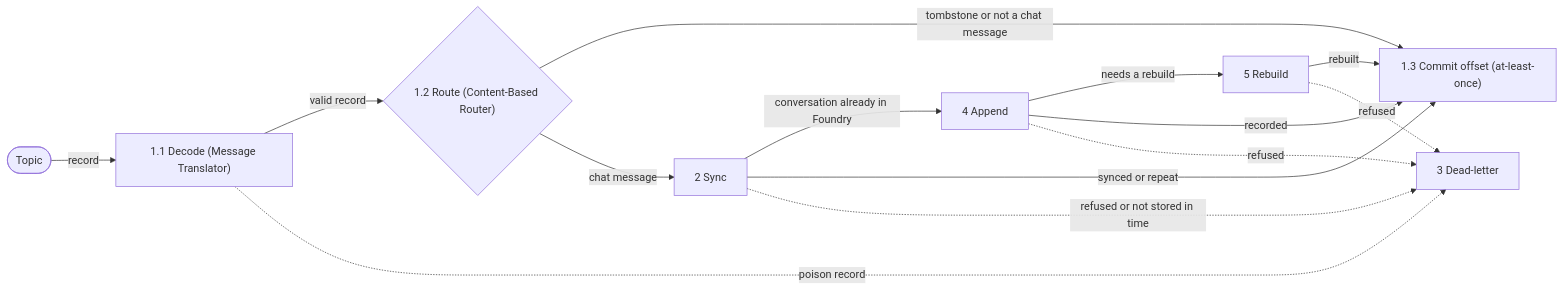
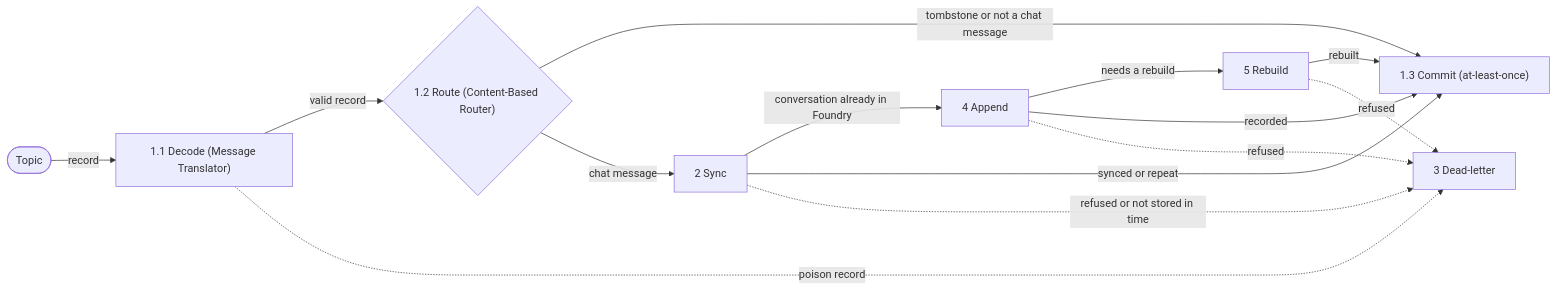
Before and after one commit to m-almeida-p/ms-ml-camel-conv-history-bs: the third of 9 diagrams in docs/design-foundry.md, drawn with Mermaid. The commit also changed other lines of this file and 7 other files, not shown here.

````diff
--- a/docs/design-foundry.md
+++ b/docs/design-foundry.md
@@ -95,25 +95,25 @@
 ```mermaid
 flowchart LR
     topic(["Topic"])
     r11["1.1 Decode (Message Translator)"]
     r12{"1.2 Route (Content-Based Router)"}
     r2["2 Sync"]
     r4["4 Append"]
     r5["5 Rebuild"]
-    r13["1.3 Commit offset (at-least-once)"]
+    r13["1.3 Commit (at-least-once)"]
     r3["3 Dead-letter"]
 
     topic -- "record" --> r11
     r11 -- "valid record" --> r12
     r12 -- "tombstone or not a chat message" --> r13
     r12 -- "chat message" --> r2
     r2 -- "conversation already in Foundry" --> r4
     r4 -- "needs a rebuild" --> r5
     r2 -- "synced or repeat" --> r13
     r4 -- "recorded" --> r13
     r5 -- "rebuilt" --> r13
     r11 -. "poison record" .-> r3
     r2 -. "refused or not stored in time" .-> r3
     r4 -. "refused" .-> r3
     r5 -. "refused" .-> r3
 ```
````
